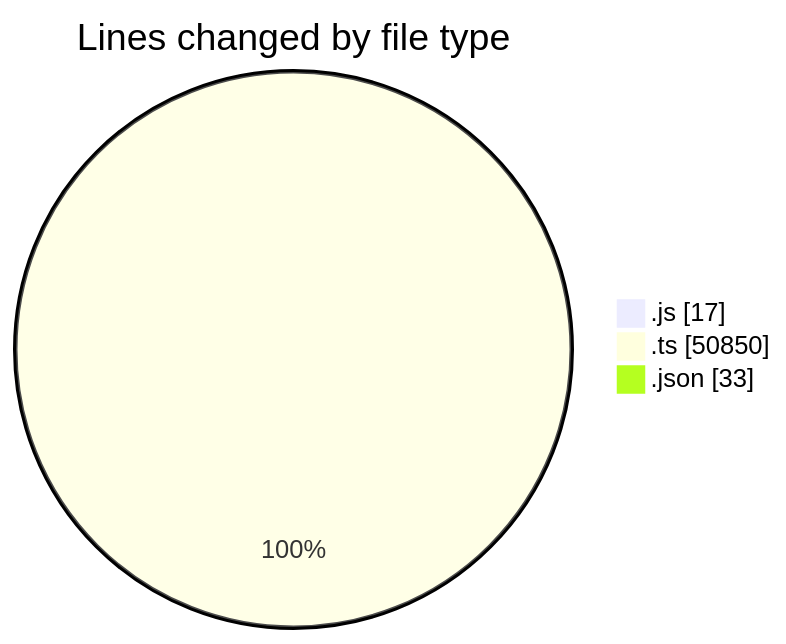
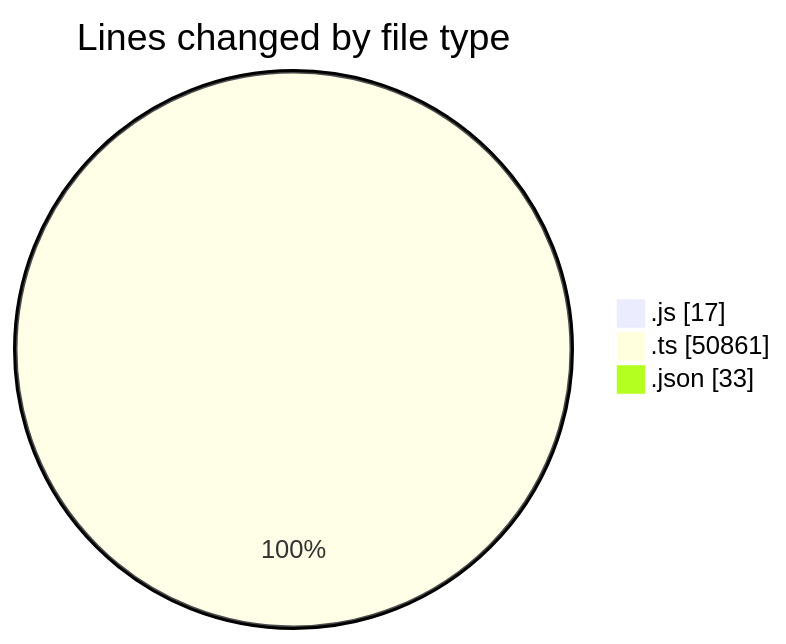
The first of 2 diagrams in 2026-07-27/cda/README.md (momahboobian/code-tracking), drawn with Mermaid before and after one commit. The commit also changed other lines of this file and 1 other file, not shown here.

````diff
--- a/2026-07-27/cda/README.md
+++ b/2026-07-27/cda/README.md
@@ -30,7 +30,7 @@
 ```mermaid
 pie showData
 title Lines changed by file type
 ".js" : 17
-".ts" : 50850
+".ts" : 50861
 ".json" : 33
 ```
````
